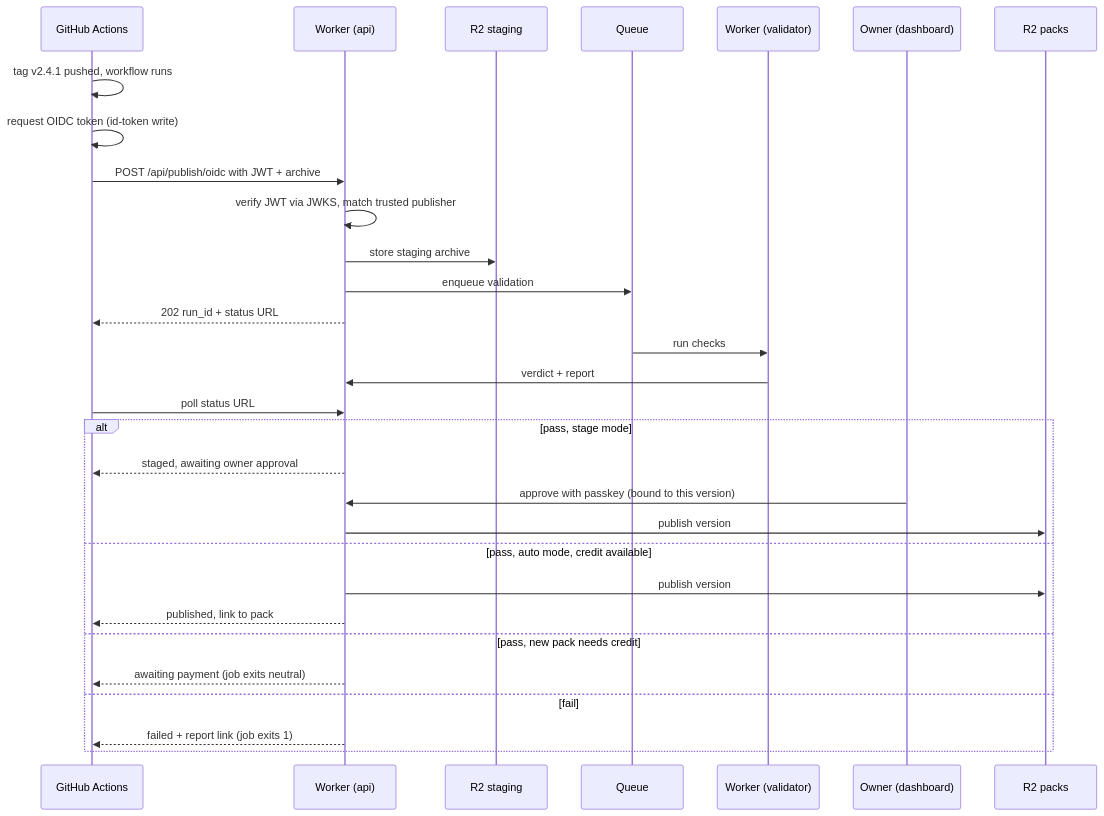
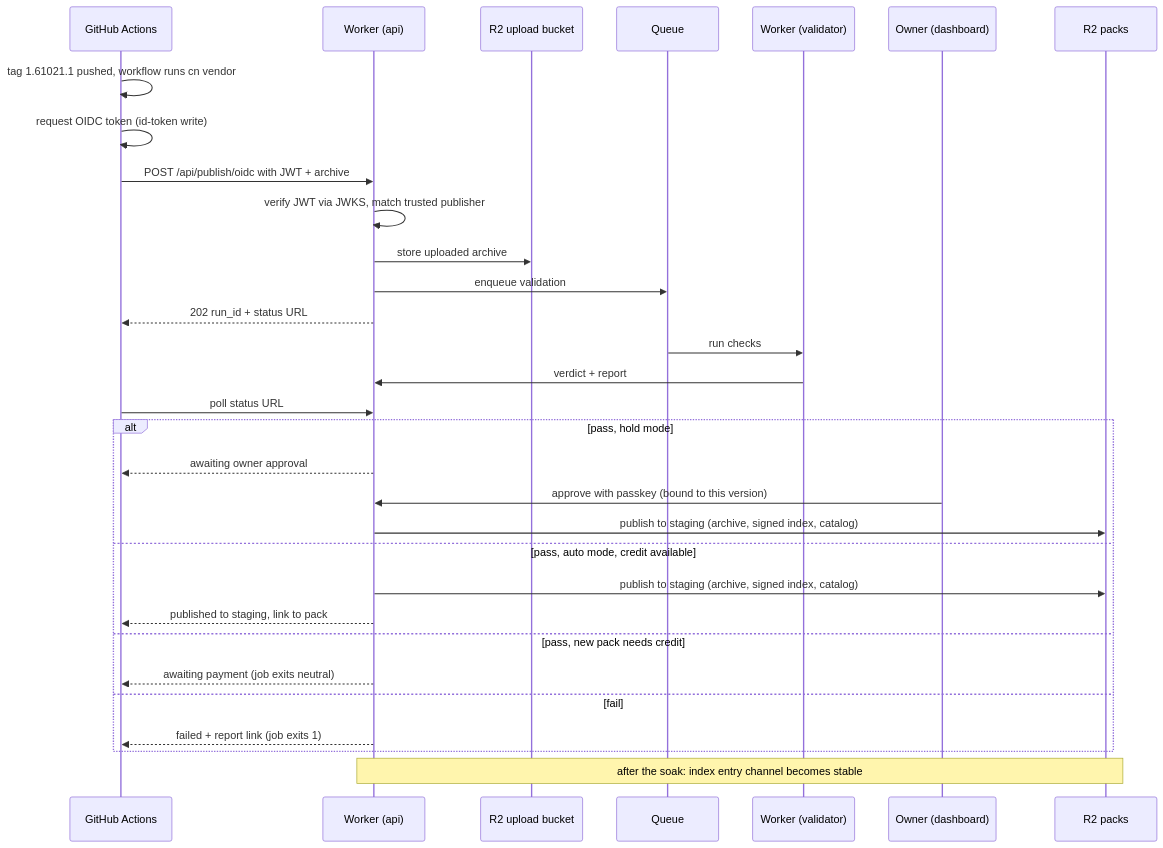
Before and after one commit to Claudinite/PackServer: the sixth of 13 diagrams in docs/ui/flows.md, drawn with Mermaid. The commit also changed other lines of this file and 6 other files, not shown here.

````diff
--- a/docs/ui/flows.md
+++ b/docs/ui/flows.md
@@ -239,32 +243,33 @@
 ```mermaid
 sequenceDiagram
   participant GH as GitHub Actions
   participant W as Worker (api)
-  participant R2s as R2 staging
+  participant R2s as R2 upload bucket
   participant Q as Queue
   participant V as Worker (validator)
   participant O as Owner (dashboard)
   participant R2 as R2 packs
-  GH->>GH: tag v2.4.1 pushed, workflow runs
+  GH->>GH: tag 1.61021.1 pushed, workflow runs cn vendor
   GH->>GH: request OIDC token (id-token write)
   GH->>W: POST /api/publish/oidc with JWT + archive
   W->>W: verify JWT via JWKS, match trusted publisher
-  W->>R2s: store staging archive
+  W->>R2s: store uploaded archive
   W->>Q: enqueue validation
   W-->>GH: 202 run_id + status URL
   Q->>V: run checks
   V->>W: verdict + report
   GH->>W: poll status URL
-  alt pass, stage mode
-    W-->>GH: staged, awaiting owner approval
+  alt pass, hold mode
+    W-->>GH: awaiting owner approval
     O->>W: approve with passkey (bound to this version)
-    W->>R2: publish version
+    W->>R2: publish to staging (archive, signed index, catalog)
   else pass, auto mode, credit available
-    W->>R2: publish version
-    W-->>GH: published, link to pack
+    W->>R2: publish to staging (archive, signed index, catalog)
+    W-->>GH: published to staging, link to pack
   else pass, new pack needs credit
     W-->>GH: awaiting payment (job exits neutral)
   else fail
     W-->>GH: failed + report link (job exits 1)
   end
+  Note over W,R2: after the soak: index entry channel becomes stable
 ```
````
